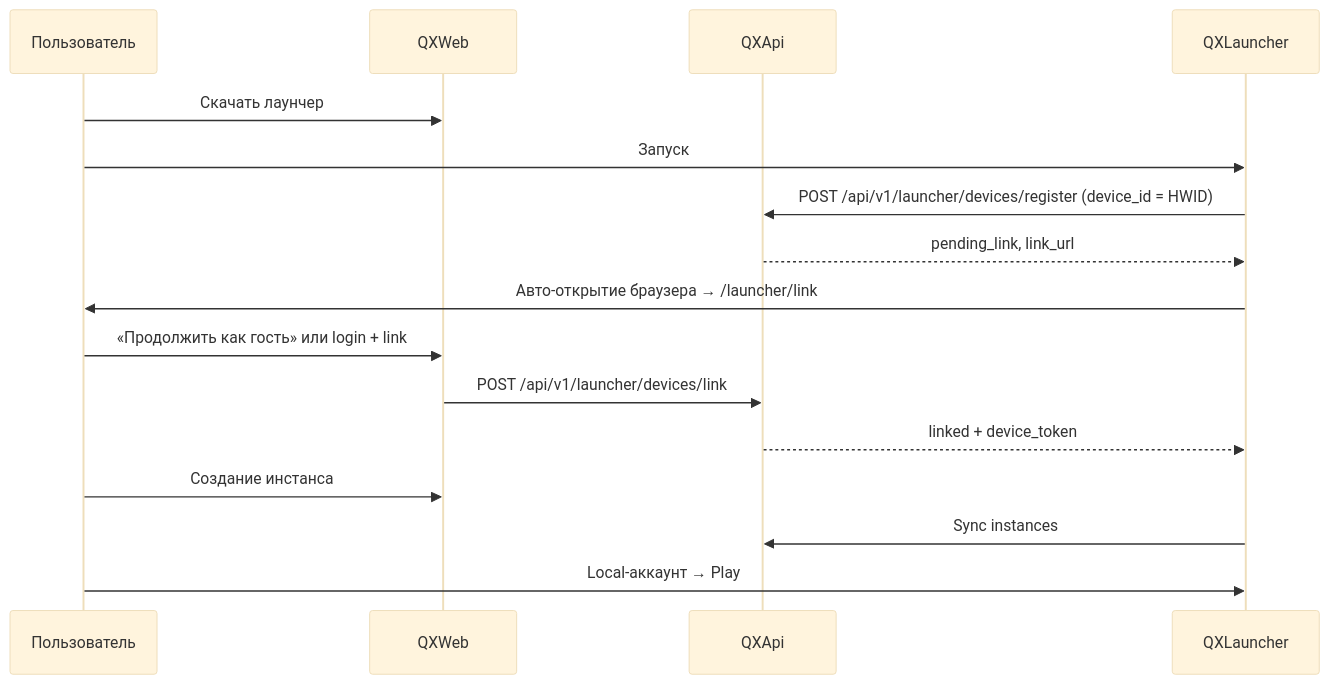
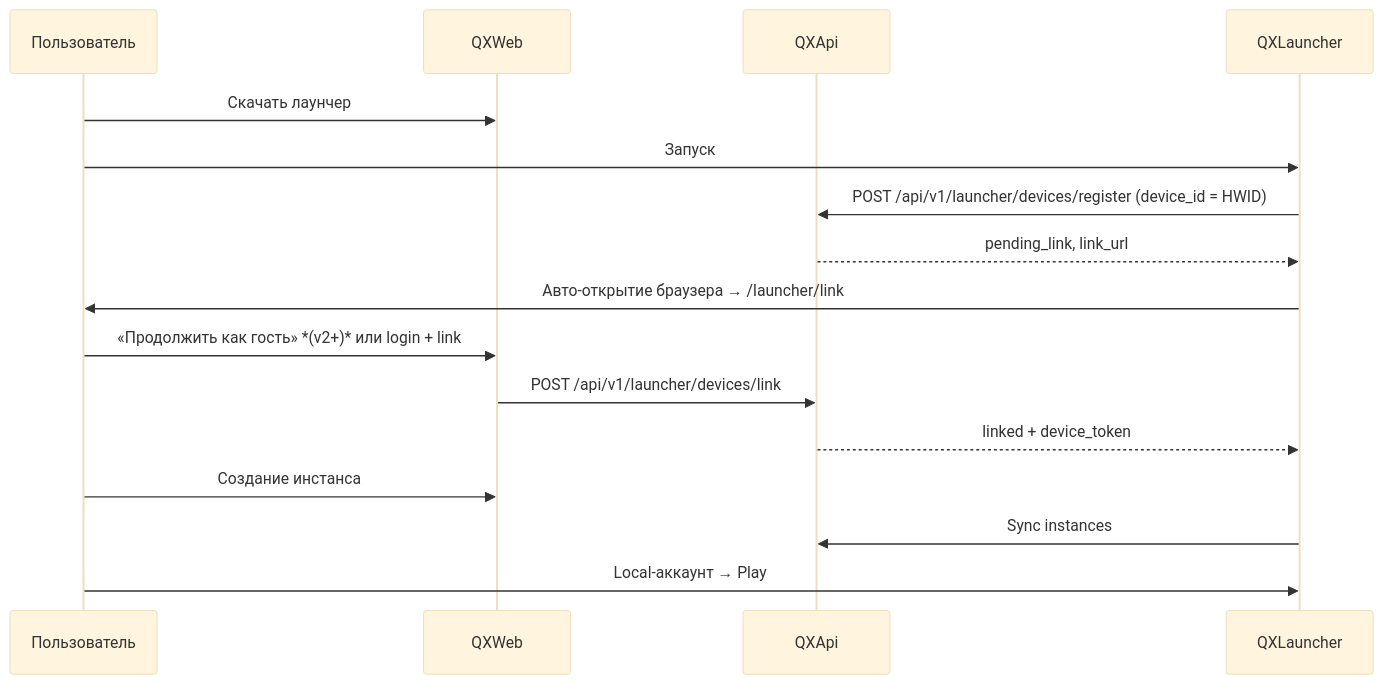
Before and after one commit to mindevis/qx-project: the second of 16 diagrams in docs/architecture.md, drawn with Mermaid (base theme). The commit also changed other lines of this file and 51 other files, not shown here.

````diff
--- a/docs/architecture.md
+++ b/docs/architecture.md
@@ -125,19 +126,19 @@
 ```mermaid
 sequenceDiagram
     participant U as Пользователь
     participant Web as QXWeb
     participant API as QXApi
     participant L as QXLauncher
 
     U->>Web: Скачать лаунчер
     U->>L: Запуск
     L->>API: POST /api/v1/launcher/devices/register (device_id = HWID)
     API-->>L: pending_link, link_url
     L->>U: Авто-открытие браузера → /launcher/link
-    U->>Web: «Продолжить как гость» или login + link
+    U->>Web: «Продолжить как гость» *(v2+)* или login + link
     Web->>API: POST /api/v1/launcher/devices/link
     API-->>L: linked + device_token
     U->>Web: Создание инстанса
     L->>API: Sync instances
     U->>L: Local-аккаунт → Play
 ```
````
